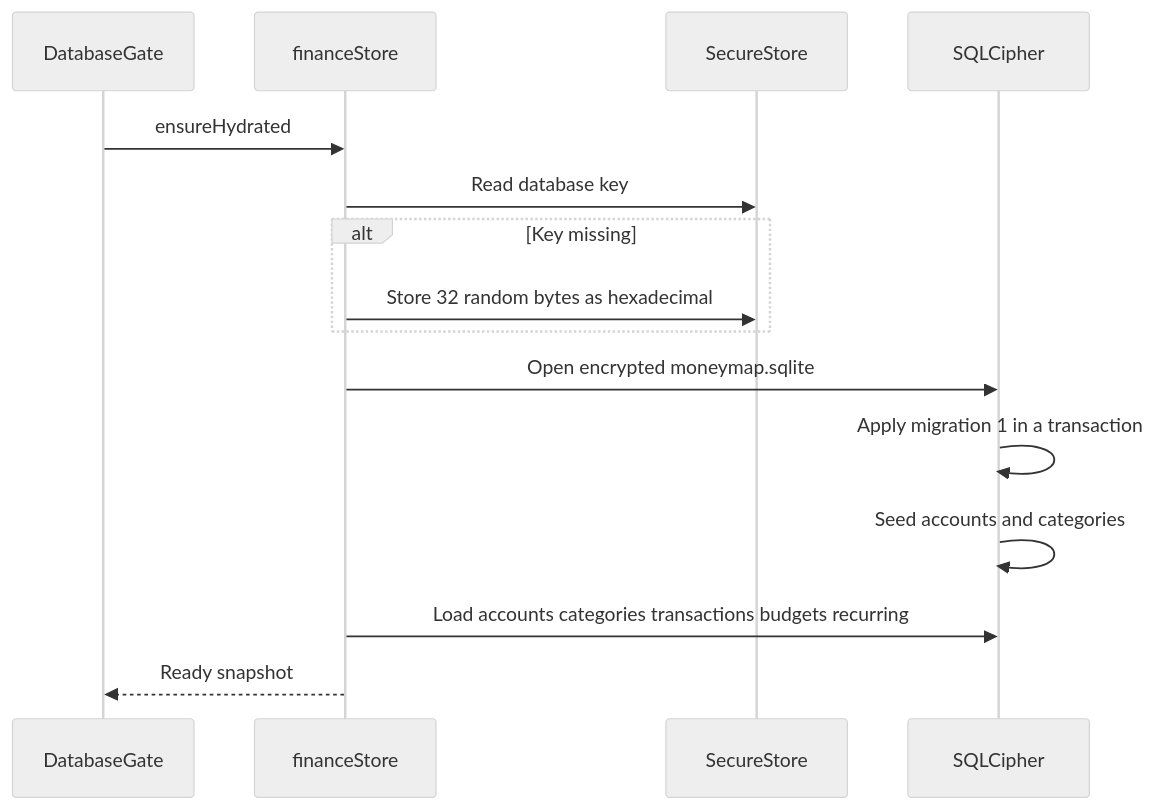
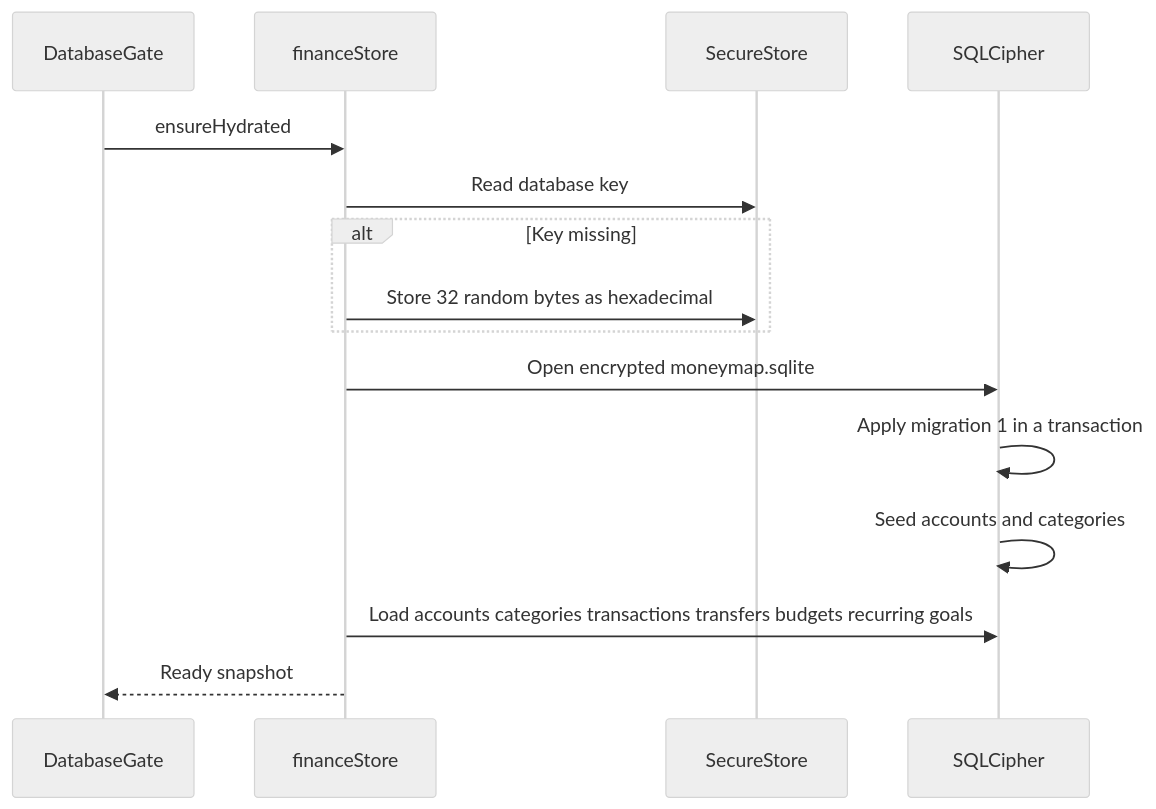
The second of 2 diagrams in Project Guidelines/Tech Stack Setup Guide.md (SecretlySpy/TIP_MoneyMap-Finance-Tracker-App), drawn with Mermaid (neutral theme) before and after one commit. The commit also changed other lines of this file and 53 other files, not shown here.

Commit message:
feat: initialize core finance tracker architecture with database repositories, domain services, and UI screens

````diff
--- a/Project Guidelines/Tech Stack Setup Guide.md
+++ b/Project Guidelines/Tech Stack Setup Guide.md
@@ -67,17 +67,17 @@
 ```mermaid
 sequenceDiagram
   participant Gate as DatabaseGate
   participant Store as financeStore
   participant Key as SecureStore
   participant DB as SQLCipher
   Gate->>Store: ensureHydrated
   Store->>Key: Read database key
   alt Key missing
     Store->>Key: Store 32 random bytes as hexadecimal
   end
   Store->>DB: Open encrypted moneymap.sqlite
   DB->>DB: Apply migration 1 in a transaction
   DB->>DB: Seed accounts and categories
-  Store->>DB: Load accounts categories transactions budgets recurring
+  Store->>DB: Load accounts categories transactions transfers budgets recurring goals
   Store-->>Gate: Ready snapshot
 ```
````
